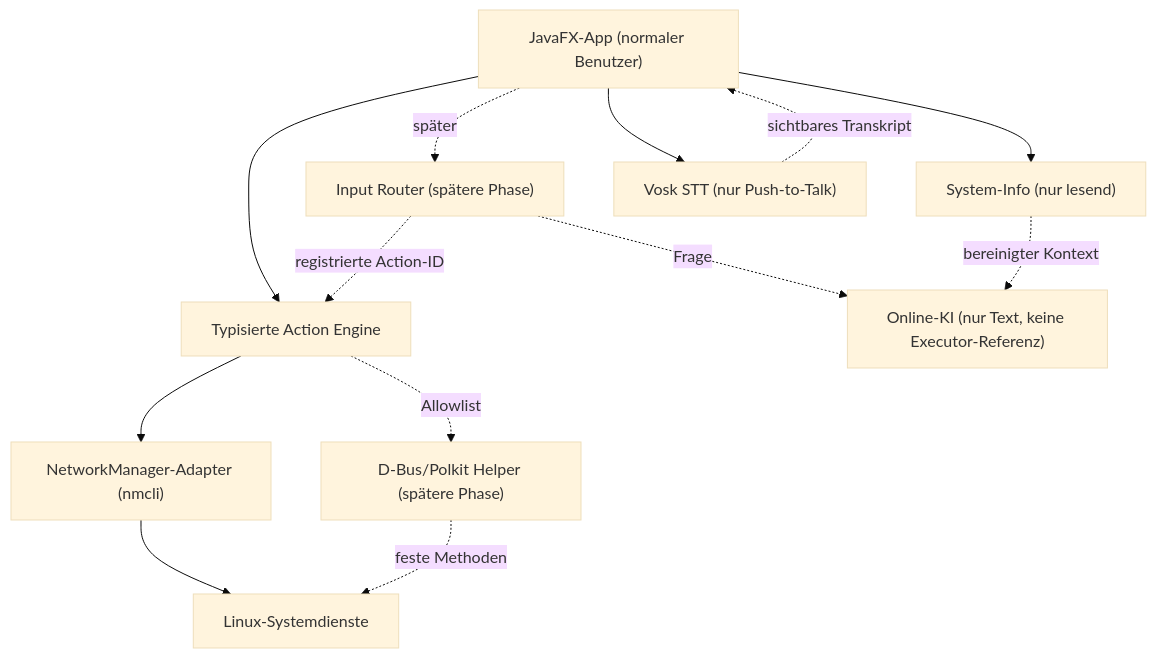
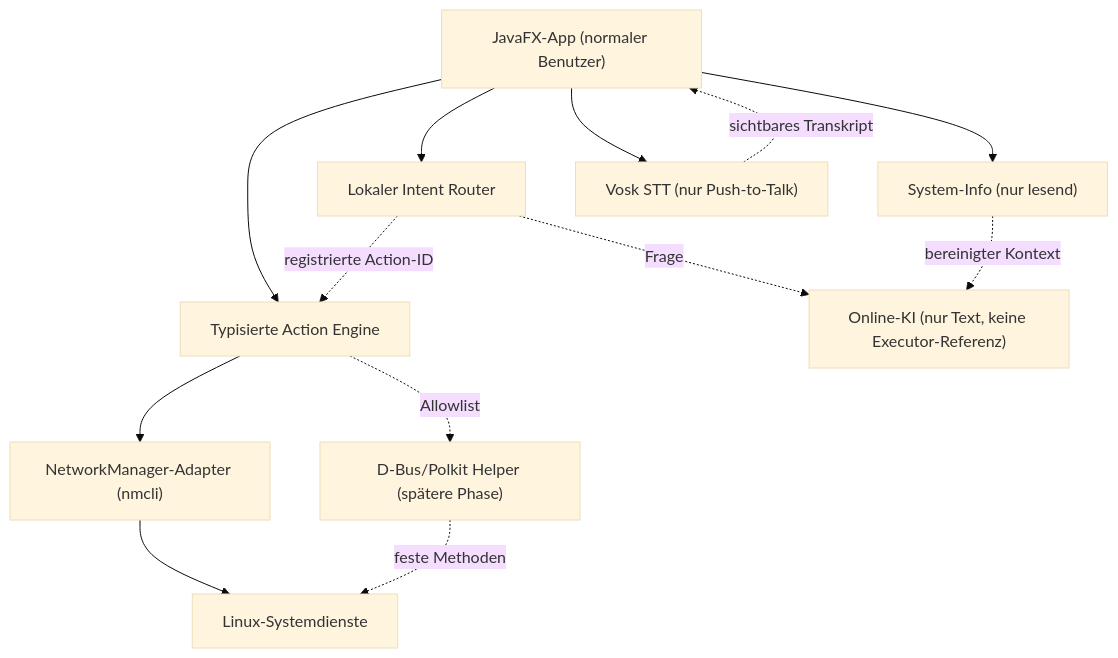
The diagram in docs/architecture.md (rimi1993elsa-cloud/CACHYOSDING), drawn with Mermaid (base theme) before and after one commit. The commit also changed other lines of this file and 20 other files, not shown here.

Commit message:
feat: add local text and voice intent router

````diff
--- a/docs/architecture.md
+++ b/docs/architecture.md
@@ -10,25 +10,25 @@
 ```mermaid
 flowchart TB
     UI["JavaFX-App (normaler Benutzer)"]
     INFO["System-Info (nur lesend)"]
-    ROUTER["Input Router (spätere Phase)"]
+    ROUTER["Lokaler Intent Router"]
     STT["Vosk STT (nur Push-to-Talk)"]
     ACTION["Typisierte Action Engine"]
     NETWORK["NetworkManager-Adapter (nmcli)"]
     HELPER["D-Bus/Polkit Helper (spätere Phase)"]
     AI["Online-KI (nur Text, keine Executor-Referenz)"]
     OS["Linux-Systemdienste"]
 
     UI --> INFO
     UI --> STT
     STT -. sichtbares Transkript .-> UI
     UI --> ACTION
     ACTION --> NETWORK
     NETWORK --> OS
-    UI -. später .-> ROUTER
+    UI --> ROUTER
     ROUTER -. registrierte Action-ID .-> ACTION
     ROUTER -. Frage .-> AI
     ACTION -. Allowlist .-> HELPER
     HELPER -. feste Methoden .-> OS
     INFO -. bereinigter Kontext .-> AI
 ```
````
